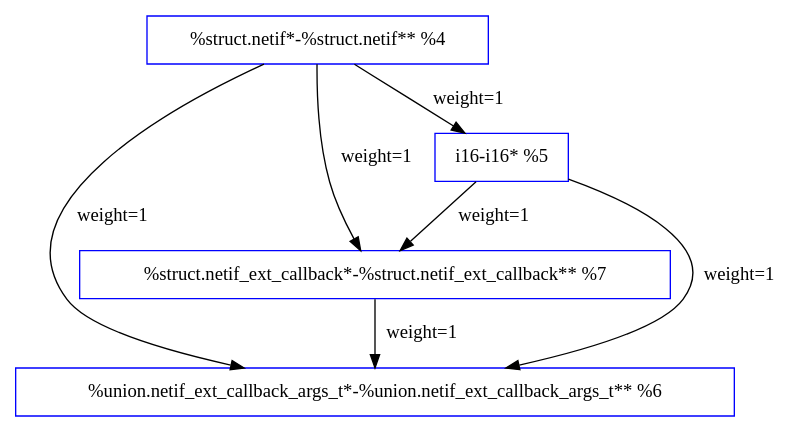
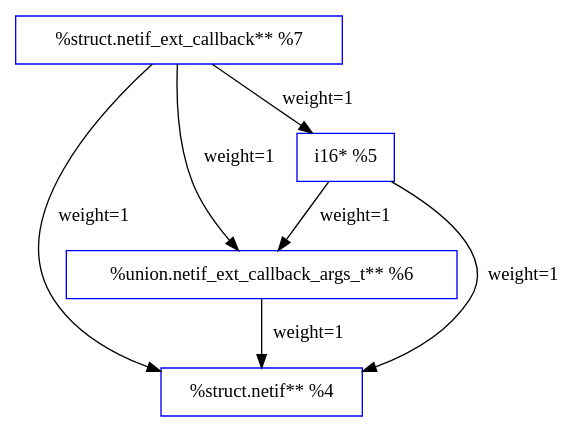
Before and after one commit to albaq77/GenerateDFG: the diagram in input/lwip/netif_invoke_ext_callback_variable_access_graph.dot, drawn with Graphviz. The commit also changed 187 other files, not shown here.

```diff
--- a/input/lwip/netif_invoke_ext_callback_variable_access_graph.dot
+++ b/input/lwip/netif_invoke_ext_callback_variable_access_graph.dot
@@ -1,12 +1,12 @@
 strict digraph netif_invoke_ext_callback {
-  1 [label="%struct.netif*-%struct.netif** %4", size=408, color=blue, shape=record];
-  2 [label="%struct.netif_ext_callback*-%struct.netif_ext_callback** %7", size=16, color=blue, shape=record];
-  3 [label="%union.netif_ext_callback_args_t*-%union.netif_ext_callback_args_t** %6", size=0, color=blue, shape=record];
-  4 [label="i16-i16* %5", size=2, color=blue, shape=record];
-  1 -> 4 [label="weight=1", weight="1"];
-  1 -> 3 [label="weight=1", weight="1"];
+  1 [label="%struct.netif** %4", size=408, color=blue, shape=record];
+  2 [label="%struct.netif_ext_callback** %7", size=16, color=blue, shape=record];
+  3 [label="%union.netif_ext_callback_args_t** %6", size=0, color=blue, shape=record];
+  4 [label="i16* %5", size=2, color=blue, shape=record];
+  4 -> 1 [label="weight=1", weight="1"];
+  3 -> 1 [label="weight=1", weight="1"];
   4 -> 3 [label="weight=1", weight="1"];
-  1 -> 2 [label="weight=1", weight="1"];
-  4 -> 2 [label="weight=1", weight="1"];
+  2 -> 1 [label="weight=1", weight="1"];
+  2 -> 4 [label="weight=1", weight="1"];
   2 -> 3 [label="weight=1", weight="1"];
 }
```
